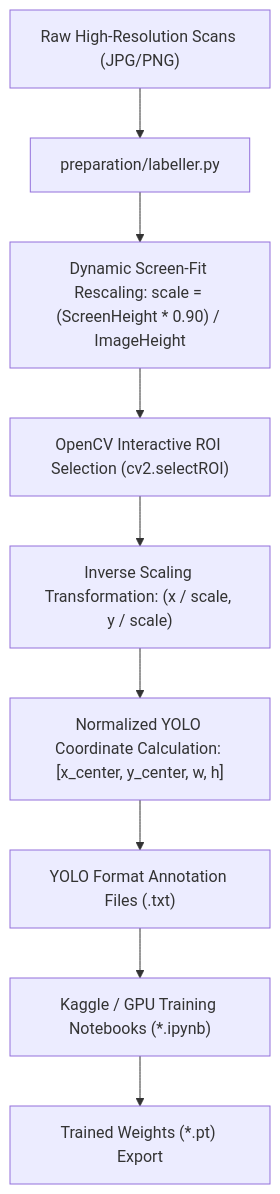
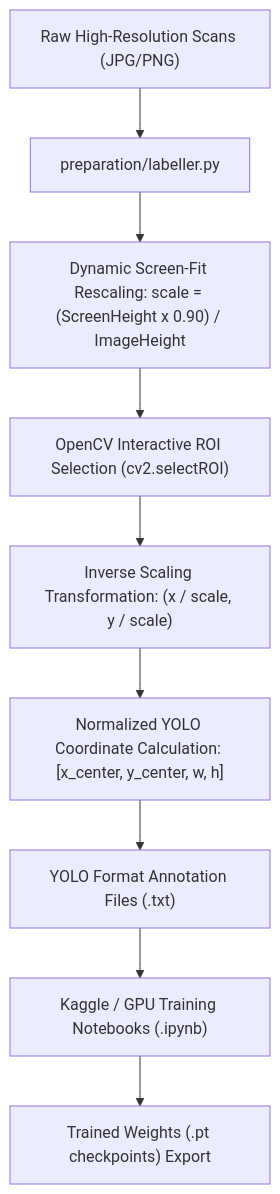
Before and after one commit to kajaredhruv433/Intelligent_Document_AI_for_Field_Extraction: the fifth of 5 diagrams in ARCHITECTURE.md, drawn with Mermaid. The commit also changed other lines of this file and 1 other file, not shown here.

Commit message:
docs: enhance ARCHITECTURE and README with detailed specs and team contributors

````diff
--- a/ARCHITECTURE.md
+++ b/ARCHITECTURE.md
@@ -185,11 +276,11 @@
 ```mermaid
 flowchart TD
     A["Raw High-Resolution Scans (JPG/PNG)"] --> B["preparation/labeller.py"]
-    B --> C["Dynamic Screen-Fit Rescaling: scale = (ScreenHeight * 0.90) / ImageHeight"]
+    B --> C["Dynamic Screen-Fit Rescaling: scale = (ScreenHeight x 0.90) / ImageHeight"]
     C --> D["OpenCV Interactive ROI Selection (cv2.selectROI)"]
     D --> E["Inverse Scaling Transformation: (x / scale, y / scale)"]
     E --> F["Normalized YOLO Coordinate Calculation: [x_center, y_center, w, h]"]
     F --> G["YOLO Format Annotation Files (.txt)"]
-    G --> H["Kaggle / GPU Training Notebooks (*.ipynb)"]
-    H --> I["Trained Weights (*.pt) Export"]
+    G --> H["Kaggle / GPU Training Notebooks (.ipynb)"]
+    H --> I["Trained Weights (.pt checkpoints) Export"]
 ```
````
